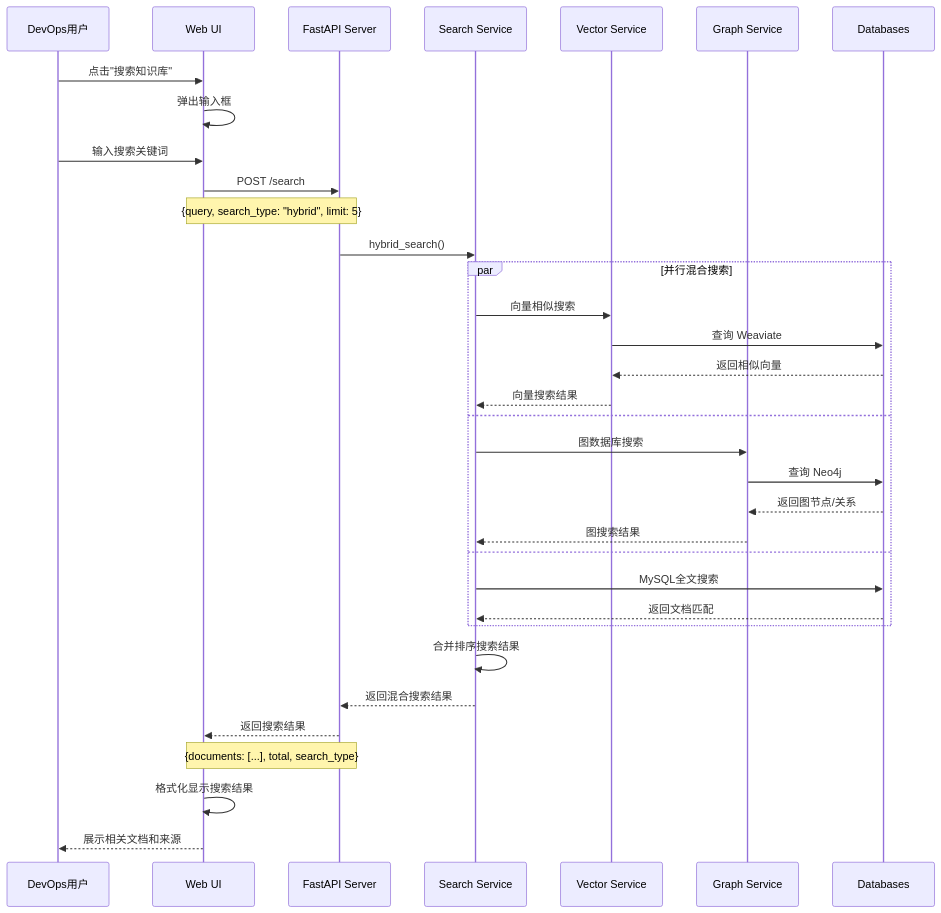
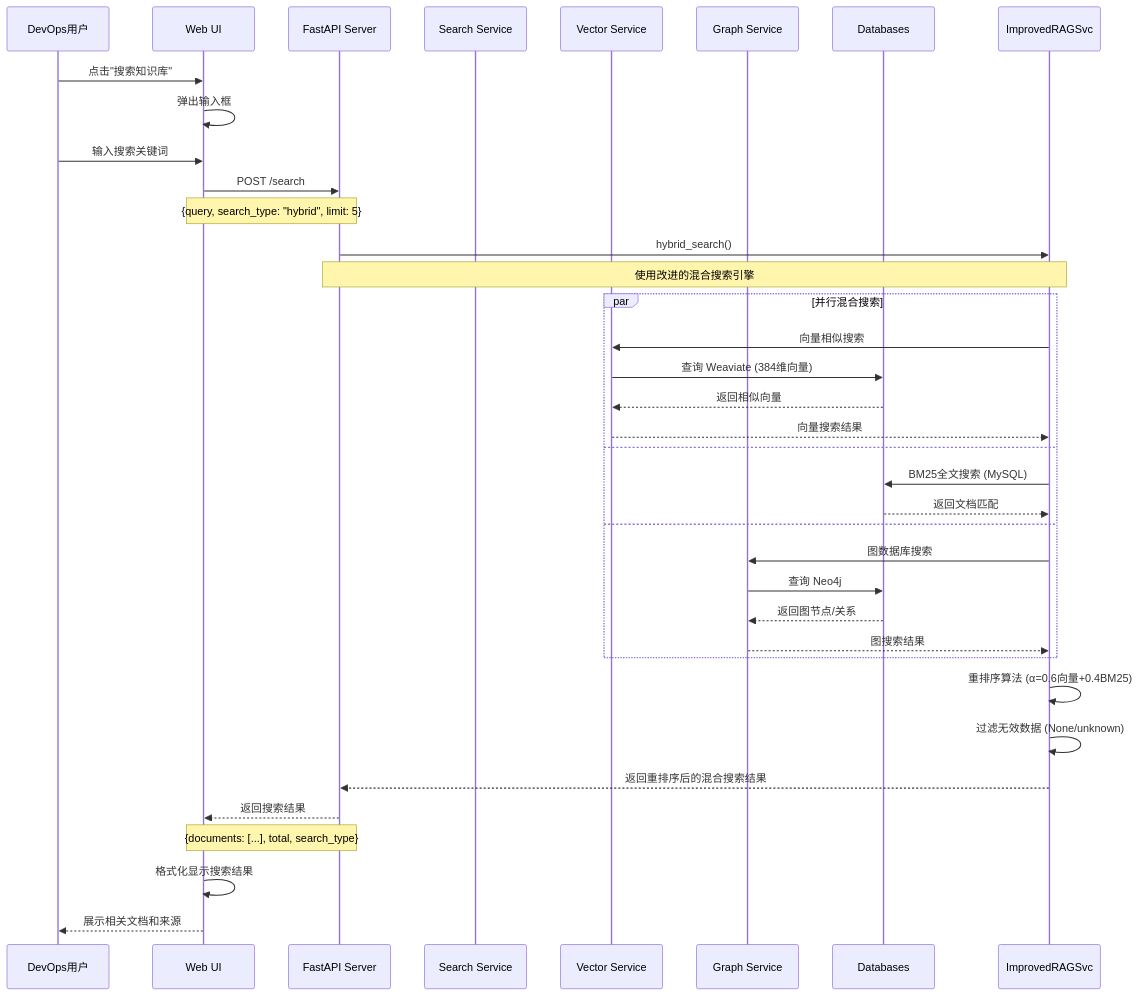
Before and after one commit to pkusnail/AIOpsPolaris: the fifth of 7 diagrams in docs/system-interaction-flow.md, drawn with Mermaid. The commit also changed other lines of this file and 5 other files, not shown here.

````diff
--- a/docs/system-interaction-flow.md
+++ b/docs/system-interaction-flow.md
@@ -165,43 +243,45 @@
 ```mermaid
 sequenceDiagram
     participant User as DevOps用户
     participant WebUI as Web UI
     participant API as FastAPI Server
     participant SearchSvc as Search Service
     participant VectorSvc as Vector Service
     participant GraphSvc as Graph Service
     participant DB as Databases
     
     User->>WebUI: 点击"搜索知识库"
     WebUI->>WebUI: 弹出输入框
     User->>WebUI: 输入搜索关键词
     
     WebUI->>API: POST /search
     Note over WebUI,API: {query, search_type: "hybrid", limit: 5}
     
-    API->>SearchSvc: hybrid_search()
+    API->>ImprovedRAGSvc: hybrid_search()
+    Note over API,ImprovedRAGSvc: 使用改进的混合搜索引擎
     
     par 并行混合搜索
-        SearchSvc->>VectorSvc: 向量相似搜索
-        VectorSvc->>DB: 查询 Weaviate
+        ImprovedRAGSvc->>VectorSvc: 向量相似搜索
+        VectorSvc->>DB: 查询 Weaviate (384维向量)
         DB-->>VectorSvc: 返回相似向量
-        VectorSvc-->>SearchSvc: 向量搜索结果
+        VectorSvc-->>ImprovedRAGSvc: 向量搜索结果
     and
-        SearchSvc->>GraphSvc: 图数据库搜索
+        ImprovedRAGSvc->>DB: BM25全文搜索 (MySQL)
+        DB-->>ImprovedRAGSvc: 返回文档匹配
+    and
+        ImprovedRAGSvc->>GraphSvc: 图数据库搜索
         GraphSvc->>DB: 查询 Neo4j
         DB-->>GraphSvc: 返回图节点/关系
-        GraphSvc-->>SearchSvc: 图搜索结果
-    and
-        SearchSvc->>DB: MySQL全文搜索
-        DB-->>SearchSvc: 返回文档匹配
+        GraphSvc-->>ImprovedRAGSvc: 图搜索结果
     end
     
-    SearchSvc->>SearchSvc: 合并排序搜索结果
-    SearchSvc-->>API: 返回混合搜索结果
+    ImprovedRAGSvc->>ImprovedRAGSvc: 重排序算法 (α=0.6向量+0.4BM25)
+    ImprovedRAGSvc->>ImprovedRAGSvc: 过滤无效数据 (None/unknown)
+    ImprovedRAGSvc-->>API: 返回重排序后的混合搜索结果
     
     API-->>WebUI: 返回搜索结果
     Note over API,WebUI: {documents: [...], total, search_type}
     
     WebUI->>WebUI: 格式化显示搜索结果
     WebUI-->>User: 展示相关文档和来源
 ```
````
